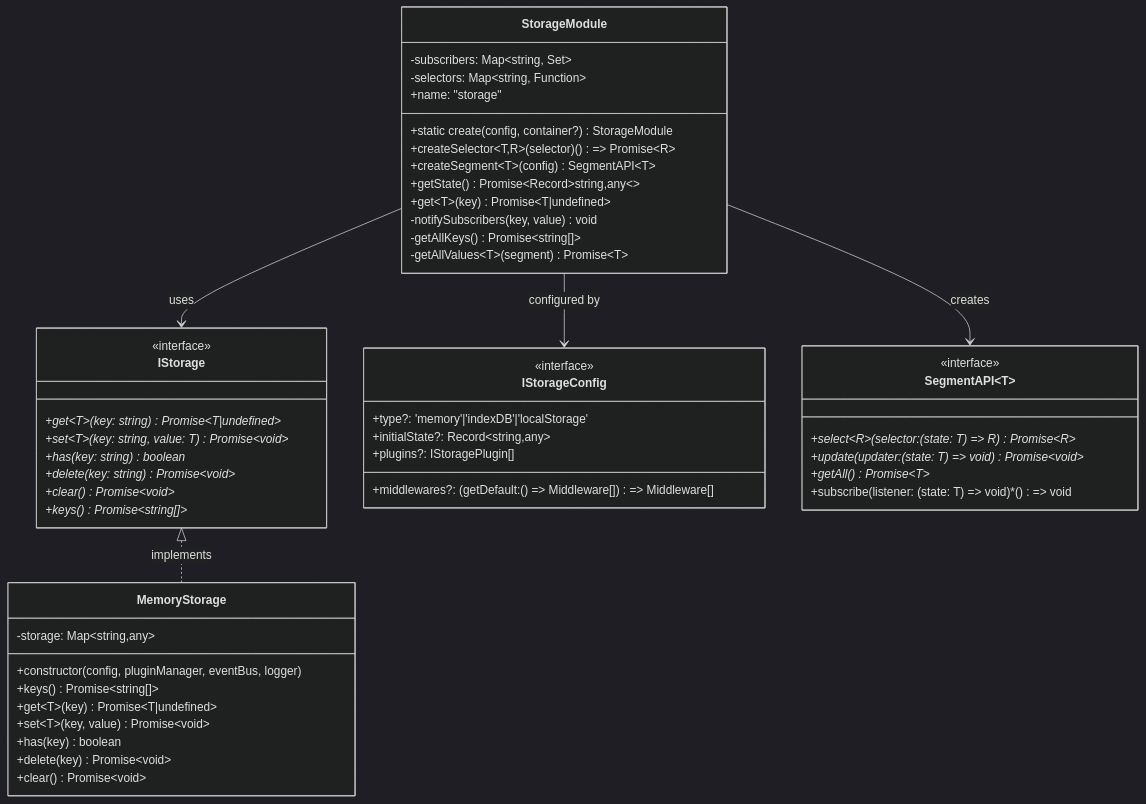
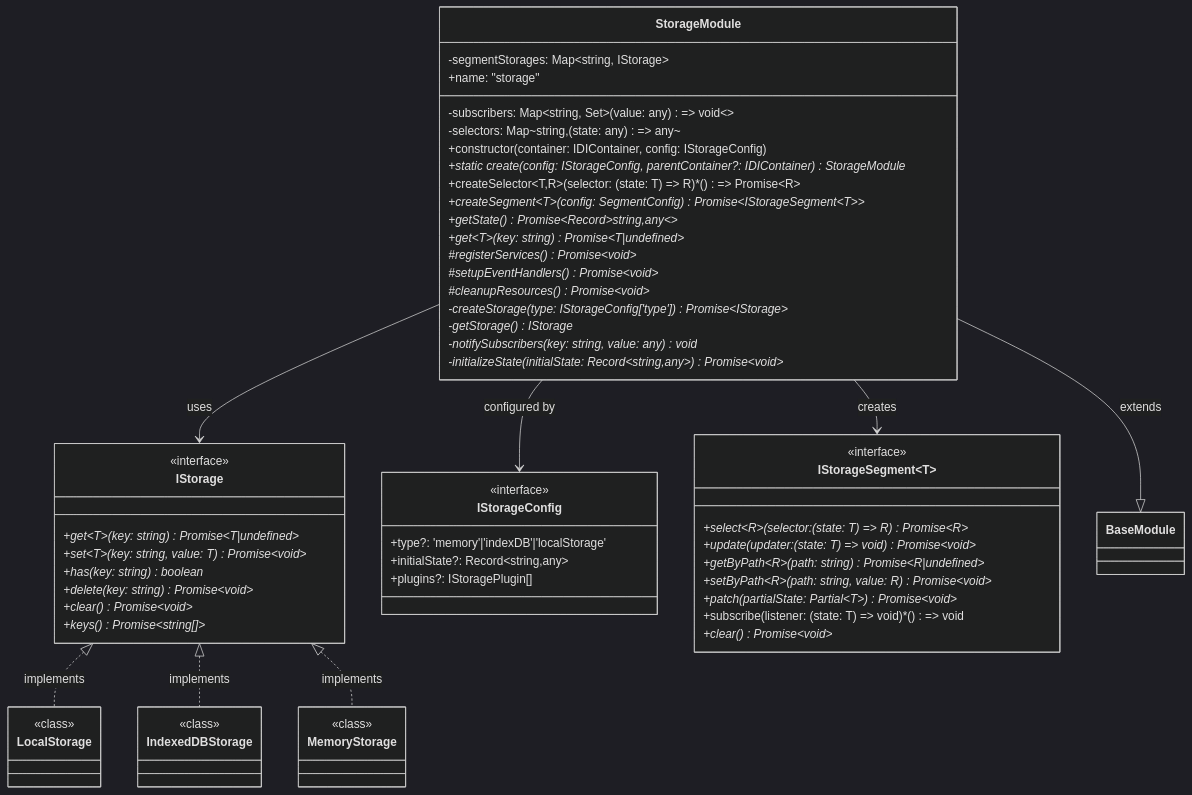
One commit to Vlad92msk/social_network.v2 changed the diagram in client/app/_ui/modules/synapse/services/storage/doc/storage.doc.md. Above: the diagram before and after it, drawn with Mermaid (dark theme). The commit also changed other lines of this file and 10 other files, not shown here.

````diff
--- a/client/app/_ui/modules/synapse/services/storage/doc/storage.doc.md
+++ b/client/app/_ui/modules/synapse/services/storage/doc/storage.doc.md
@@ -1,62 +1,74 @@
 ```mermaid
 classDiagram
 %% Базовые интерфейсы
     class IStorage {
         <<interface>>
         +get~T~(key: string)* Promise~T|undefined~
         +set~T~(key: string, value: T)* Promise~void~
         +has(key: string)* boolean
         +delete(key: string)* Promise~void~
         +clear()* Promise~void~
         +keys()* Promise~string[]~
     }
 
     class IStorageConfig {
         <<interface>>
         +type?: 'memory'|'indexDB'|'localStorage'
         +initialState?: Record~string,any~
         +plugins?: IStoragePlugin[]
-        +middlewares?: (getDefault: () => Middleware[]) => Middleware[]
     }
 
-    class SegmentAPI~T~ {
+    class IStorageSegment~T~ {
         <<interface>>
         +select~R~(selector: (state: T) => R)* Promise~R~
         +update(updater: (state: T) => void)* Promise~void~
-        +getAll()* Promise~T~
+        +getByPath~R~(path: string)* Promise~R|undefined~
+        +setByPath~R~(path: string, value: R)* Promise~void~
+        +patch(partialState: Partial~T~)* Promise~void~
         +subscribe(listener: (state: T) => void)* () => void
+        +clear()* Promise~void~
     }
 
 %% Основной модуль
     class StorageModule {
-        -subscribers: Map~string, Set~
-        -selectors: Map~string, Function~
+        -subscribers: Map~string, Set~(value: any) => void~~
+        -selectors: Map~string, (state: any) => any~
+        -segmentStorages: Map~string, IStorage~
         +name: "storage"
-        +static create(config, container?) StorageModule
-        +createSelector~T,R~(selector) () => Promise~R~
-        +createSegment~T~(config) SegmentAPI~T~
-        +getState() Promise~Record~string,any~~
-        +get~T~(key) Promise~T|undefined~
-        -notifySubscribers(key, value) void
-        -getAllKeys() Promise~string[]~
-        -getAllValues~T~(segment) Promise~T~
+        +constructor(container: IDIContainer, config: IStorageConfig)
+        +static create(config: IStorageConfig, parentContainer?: IDIContainer)* StorageModule
+        +createSelector~T,R~(selector: (state: T) => R)* () => Promise~R~
+        +createSegment~T~(config: SegmentConfig)* Promise~IStorageSegment~T~~
+        +getState()* Promise~Record~string,any~~
+        +get~T~(key: string)* Promise~T|undefined~
+        #registerServices()* Promise~void~
+        #setupEventHandlers()* Promise~void~
+        #cleanupResources()* Promise~void~
+        -createStorage(type: IStorageConfig['type'])* Promise~IStorage~
+        -getStorage()* IStorage
+        -notifySubscribers(key: string, value: any)* void
+        -initializeState(initialState: Record~string,any~)* Promise~void~
     }
 
-%% Реализация хранилища
+%% Реализации хранилища
+    class LocalStorage {
+        <<class>>
+    }
+
+    class IndexedDBStorage {
+        <<class>>
+    }
+
     class MemoryStorage {
-        -storage: Map~string,any~
-        +constructor(config, pluginManager, eventBus, logger)
-        +keys() Promise~string[]~
-        +get~T~(key) Promise~T|undefined~
-        +set~T~(key, value) Promise~void~
-        +has(key) boolean
-        +delete(key) Promise~void~
-        +clear() Promise~void~
+        <<class>>
     }
 
 %% Связи
+    IStorage <|.. LocalStorage : implements
+    IStorage <|.. IndexedDBStorage : implements
     IStorage <|.. MemoryStorage : implements
     StorageModule --> IStorage : uses
-    StorageModule --> SegmentAPI : creates
+    StorageModule --> IStorageSegment : creates
     StorageModule --> IStorageConfig : configured by
+    StorageModule --|> BaseModule : extends
 ```
````
